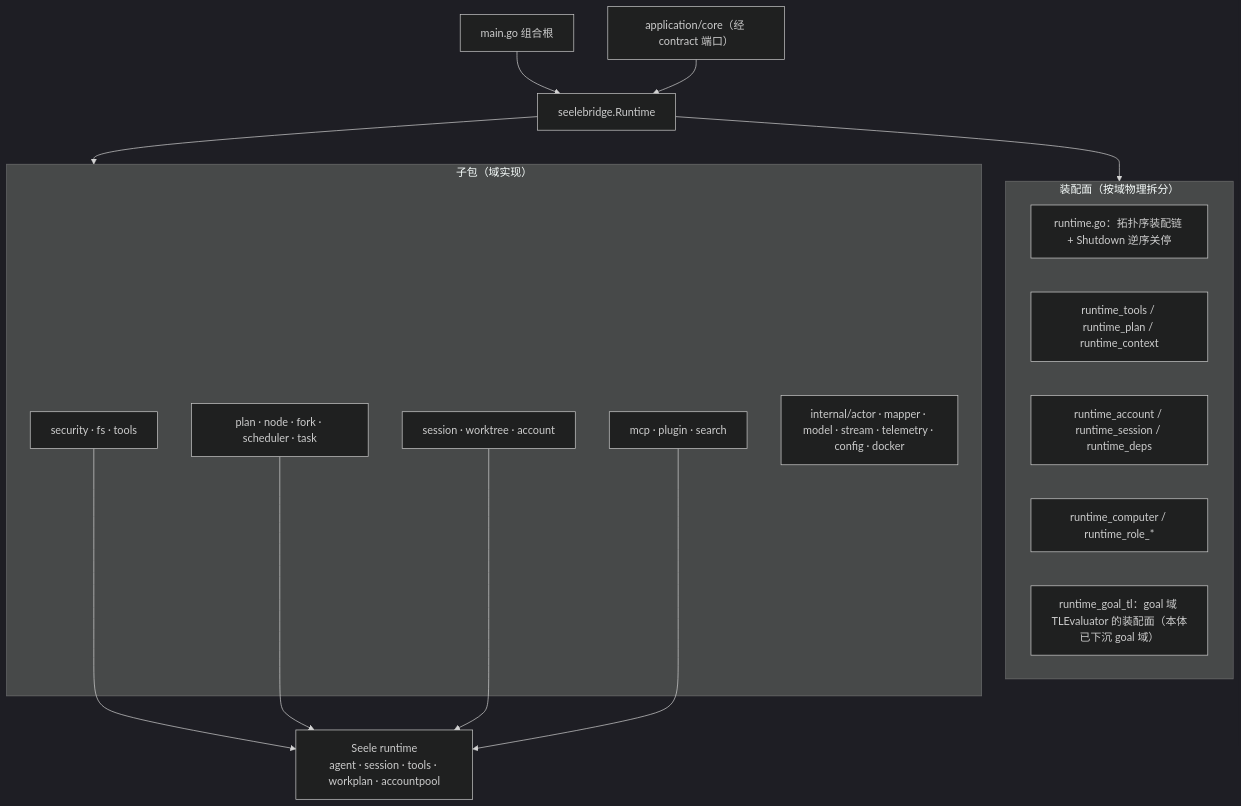
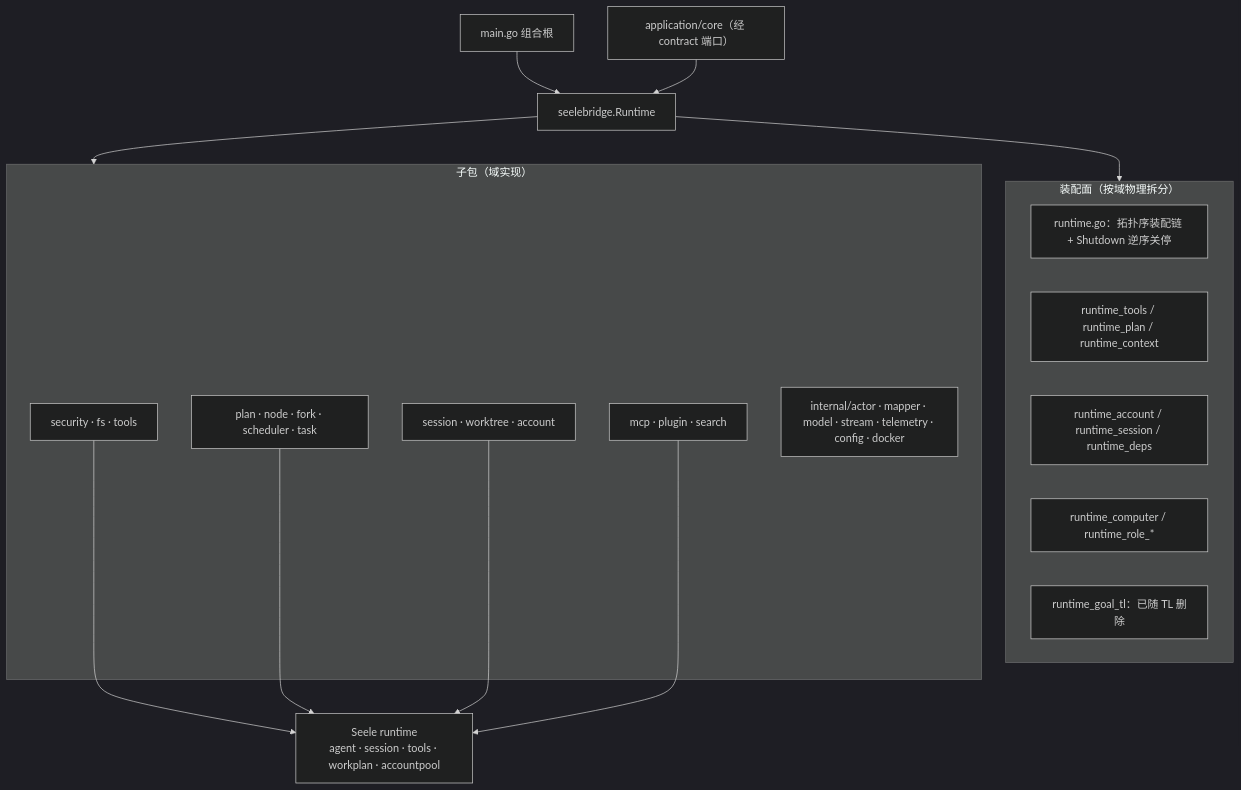
One commit to RedHuang-0622/seelex changed the diagram in backend/engine/assemble/README.md. Above: the diagram before and after it, drawn with Mermaid (dark theme). The commit also changed other lines of this file and 60 other files, not shown here.

````diff
--- a/backend/engine/assemble/README.md
+++ b/backend/engine/assemble/README.md
@@ -96,30 +96,30 @@
 ```mermaid
 flowchart TB
     ROOT["main.go 组合根"] --> RT["seelebridge.Runtime"]
     APP["application/core（经 contract 端口）"] --> RT
 
     subgraph ASSEMBLY["装配面（按域物理拆分）"]
         R1["runtime.go：拓扑序装配链 + Shutdown 逆序关停"]
         R2["runtime_tools / runtime_plan / runtime_context"]
         R3["runtime_account / runtime_session / runtime_deps"]
         R4["runtime_computer / runtime_role_*"]
-        R5["runtime_goal_tl：goal 域 TLEvaluator 的装配面（本体已下沉 goal 域）"]
+        R5["runtime_goal_tl：已随 TL 删除"]
     end
 
     subgraph DOMAIN["子包（域实现）"]
         D1["security · fs · tools"]
         D2["plan · node · fork · scheduler · task"]
         D3["session · worktree · account"]
         D4["mcp · plugin · search"]
         D5["internal/actor · mapper · model · stream · telemetry · config · docker"]
     end
 
     SEELE["Seele runtime<br/>agent · session · tools · workplan · accountpool"]
 
     RT --> ASSEMBLY
     RT --> DOMAIN
     D1 --> SEELE
     D2 --> SEELE
     D3 --> SEELE
     D4 --> SEELE
 ```
````
